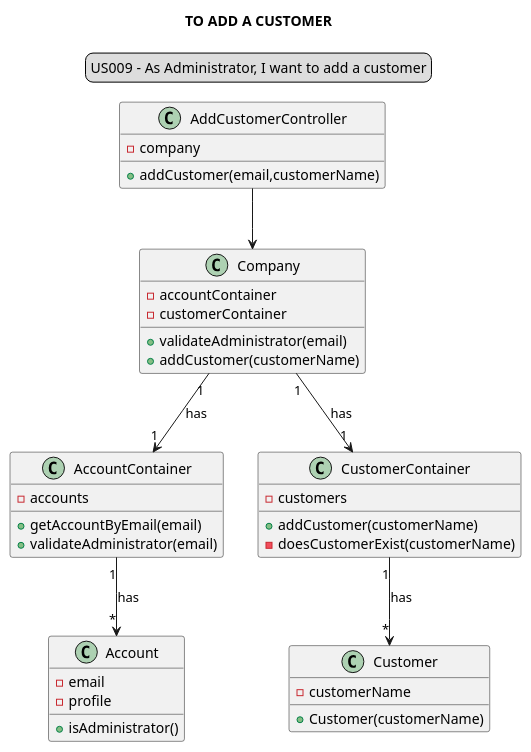
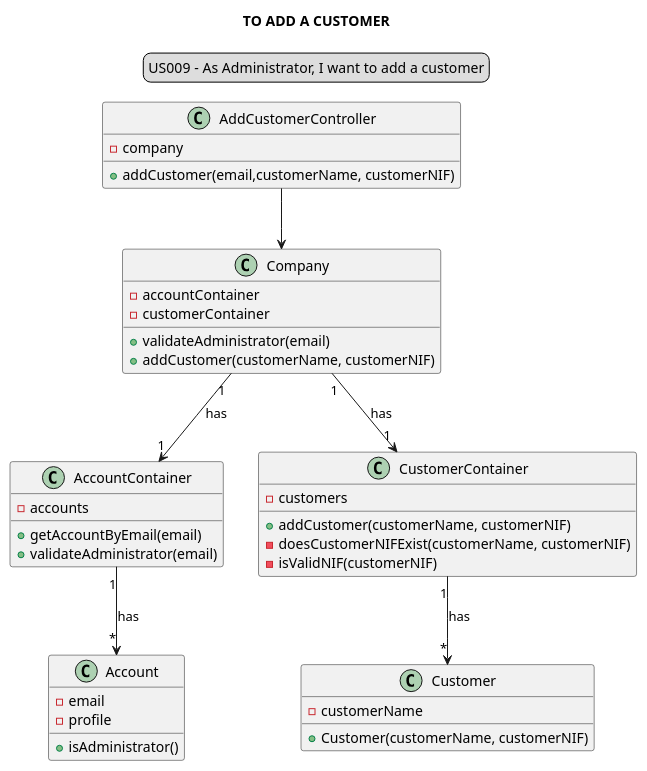
One commit to Loracline/project_switch_22-23 changed the diagram in docs/modelling_design/user_stories/sprint02/us009/US009_classDiagram.puml. Above: the diagram before and after it, drawn with PlantUML. The commit also changed other lines of this file and 2 other files, not shown here.

```diff
--- a/docs/modelling_design/user_stories/sprint02/us009/US009_classDiagram.puml
+++ b/docs/modelling_design/user_stories/sprint02/us009/US009_classDiagram.puml
@@ -2,52 +1,42 @@
 @startuml
-
 skinparam sequenceMessageAlign center
 title TO ADD A CUSTOMER
 legend top
 US009 - As Administrator, I want to add a customer
 end legend
-
 class "AddCustomerController" {
 -company
-+addCustomer(email,customerName)
-
-
++addCustomer(email,customerName, customerNIF)
 }
-
 class "Company"{
 -accountContainer
 -customerContainer
 +validateAdministrator(email)
-+addCustomer(customerName)
++addCustomer(customerName, customerNIF)
 }
-
 class "AccountContainer"{
 -accounts
 +getAccountByEmail(email)
 +validateAdministrator(email)
 }
-
 class "Account"{
 -email
 - profile
 +isAdministrator()
 }
-
 class "CustomerContainer"{
 -customers
-+addCustomer(customerName)
--doesCustomerExist(customerName)
++addCustomer(customerName, customerNIF)
+-doesCustomerNIFExist(customerName, customerNIF)
+- isValidNIF(customerNIF)
 }
-
 class "Customer"{
 -customerName
-+Customer(customerName)
++Customer(customerName, customerNIF)
 }
-
 "AddCustomerController"  --> "Company"
 "Company" "1"-->"1" "CustomerContainer": has
 "Company" "1"-->"1" "AccountContainer": has
 "CustomerContainer" "1"-->"*" "Customer": has
 "AccountContainer" "1" --> "*" "Account": has
-
 @enduml
```
